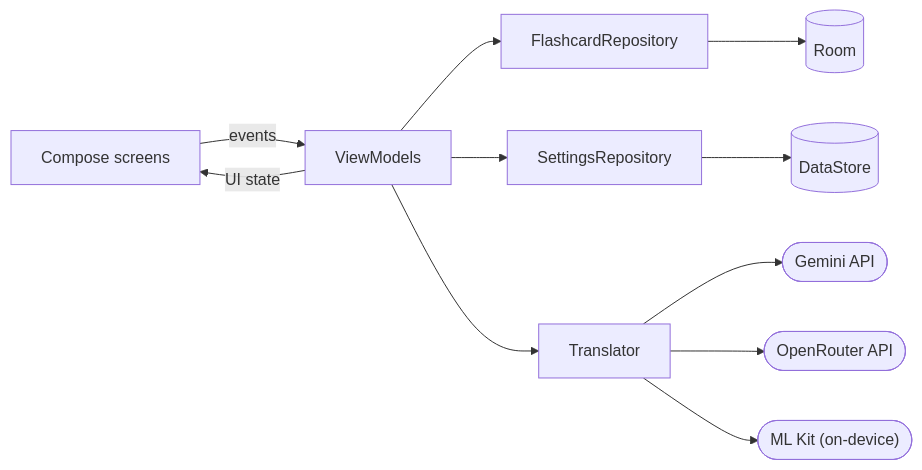
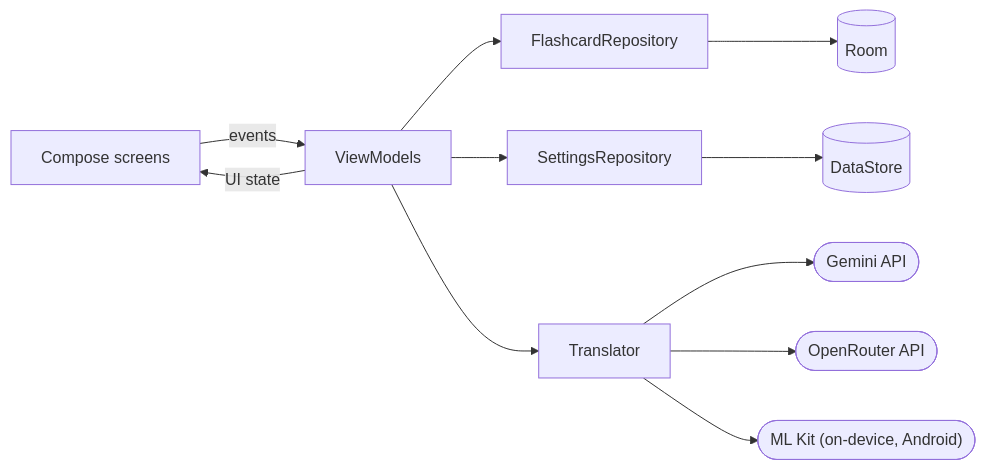
One commit to Andreas-Erick/LanguageCoast changed the diagram in README.md. Above: the diagram before and after it, drawn with Mermaid. The commit also changed other lines of this file, not shown here.

````diff
--- a/README.md
+++ b/README.md
@@ -114,10 +115,10 @@
 ```mermaid
 flowchart LR
     UI["Compose screens"] -- events --> VM["ViewModels"]
     VM -- UI state --> UI
     VM --> FR["FlashcardRepository"] --> Room[("Room")]
     VM --> SR["SettingsRepository"] --> DS[("DataStore")]
     VM --> TR["Translator"] --> Gemini(["Gemini API"])
     TR --> OpenRouter(["OpenRouter API"])
-    TR --> MLKit(["ML Kit (on-device)"])
+    TR --> MLKit(["ML Kit (on-device, Android)"])
 ```
````
